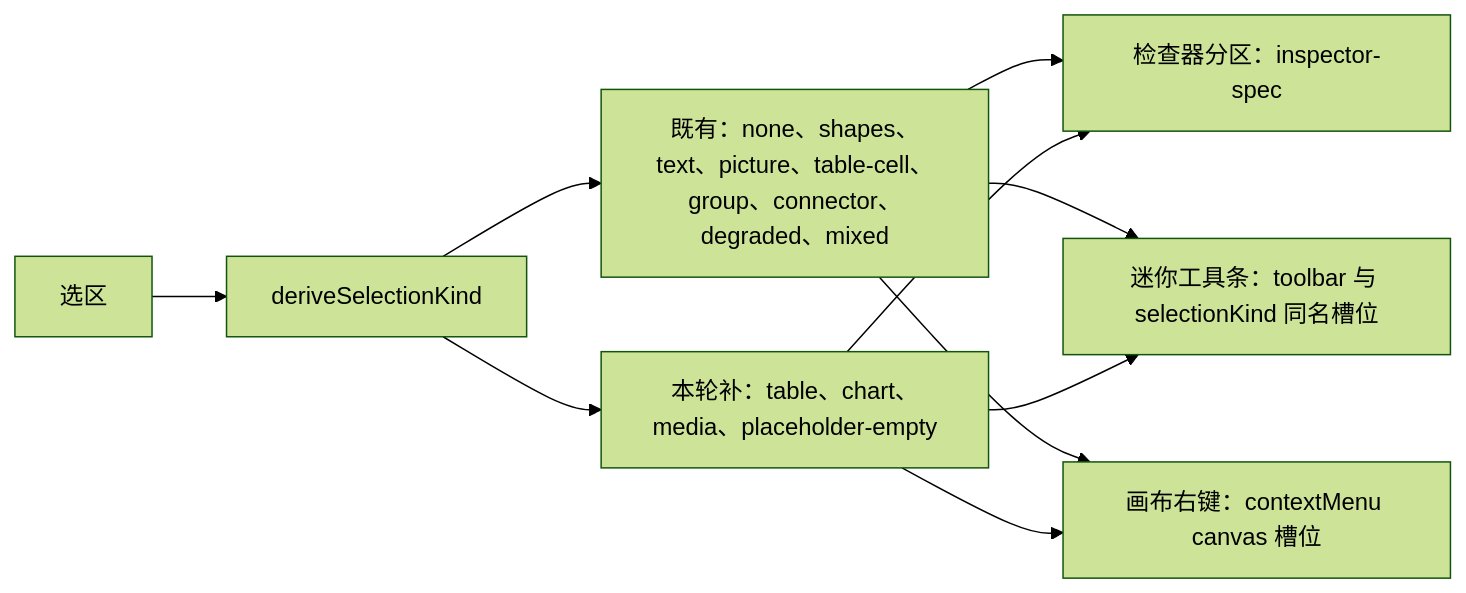
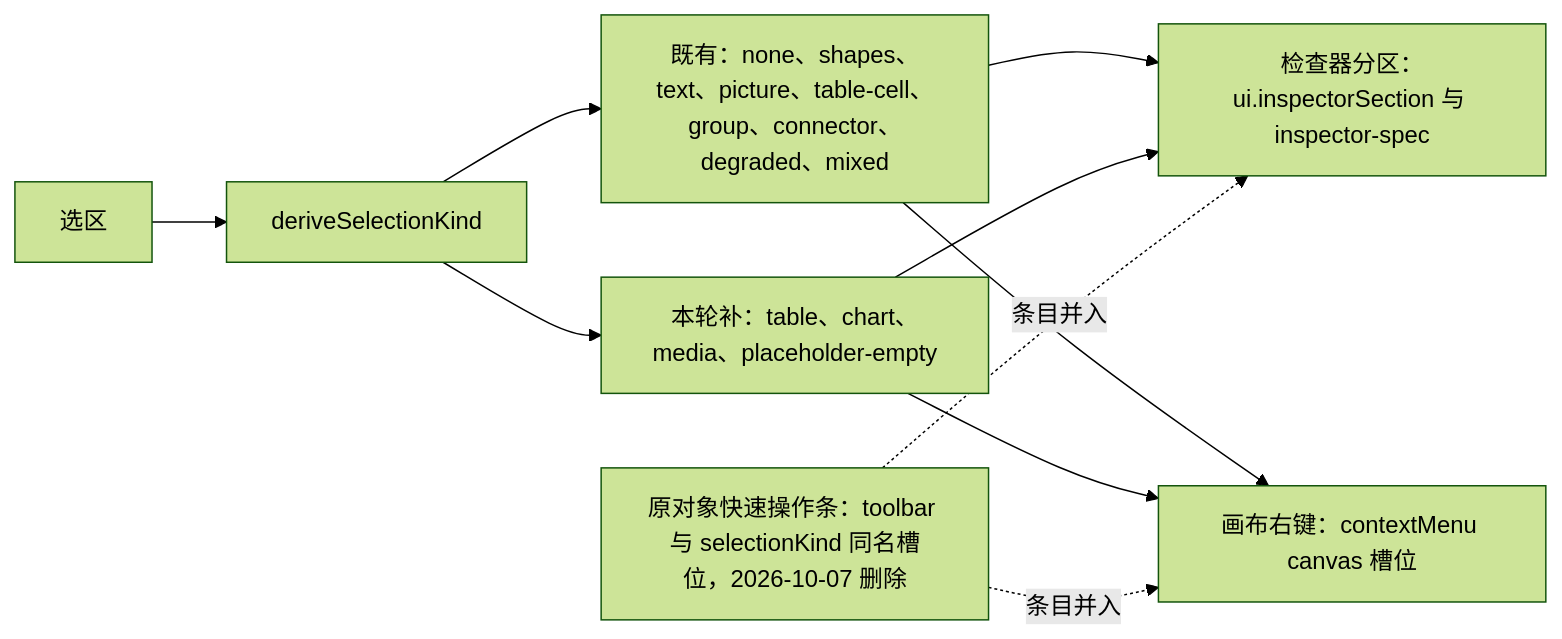
One commit to Xeonice/cordis-ppt-editor changed diagram 30 of 35 in docs/50-frontend/18-editor-capabilities.md. Above: the diagram before and after it, drawn with Mermaid (forest theme). The commit also changed other lines of this file and 25 other files, not shown here.

````diff
--- a/docs/50-frontend/18-editor-capabilities.md
+++ b/docs/50-frontend/18-editor-capabilities.md
@@ -1301,12 +1322,12 @@
 ```mermaid
 flowchart LR
   sel["选区"] --> kind["deriveSelectionKind"]
   kind --> k1["既有：none、shapes、text、picture、table-cell、group、connector、degraded、mixed"]
   kind --> k2["本轮补：table、chart、media、placeholder-empty"]
-  k1 --> insp["检查器分区：inspector-spec"]
+  k1 --> insp["检查器分区：ui.inspectorSection 与 inspector-spec"]
   k2 --> insp
-  k1 --> tb["迷你工具条：toolbar 与 selectionKind 同名槽位"]
-  k2 --> tb
   k1 --> cm["画布右键：contextMenu canvas 槽位"]
   k2 --> cm
+  gone["原对象快速操作条：toolbar 与 selectionKind 同名槽位，2026-10-07 删除"] -.->|"条目并入"| insp
+  gone -.->|"条目并入"| cm
 ```
````
